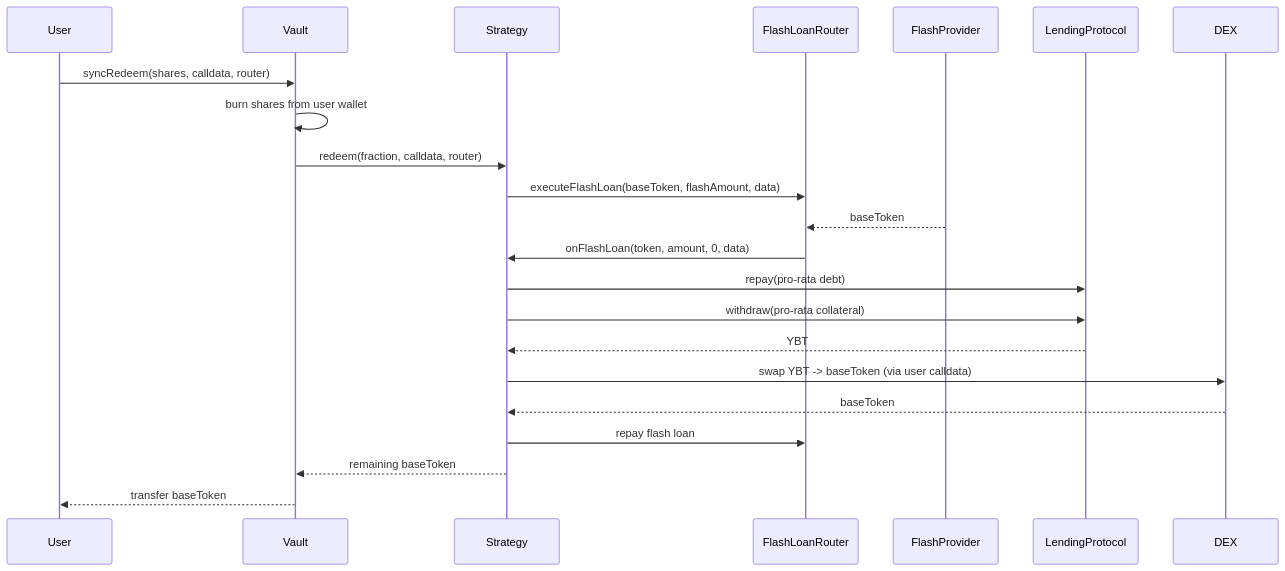
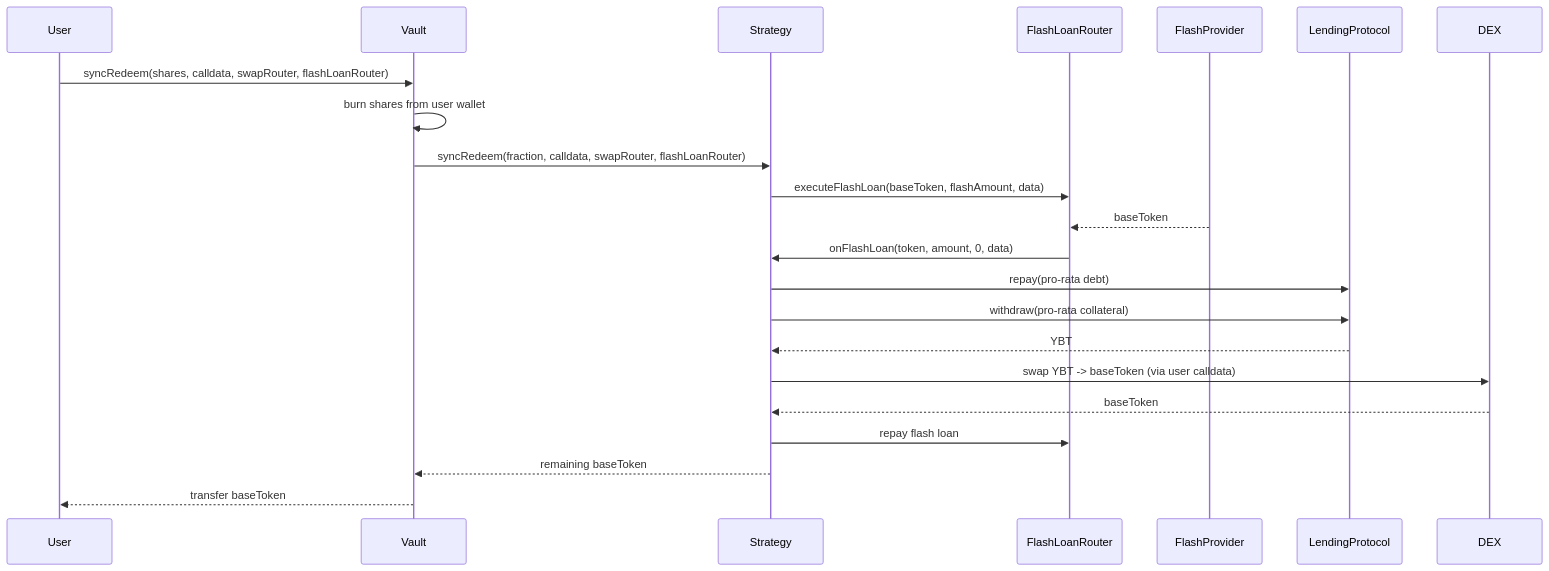
One commit to evgenynacu/leverage-vaults changed the third of 8 diagrams in docs/architecture/token-flows.md. Above: the diagram before and after it, drawn with Mermaid. The commit also changed other lines of this file and 25 other files, not shown here.

````diff
--- a/docs/architecture/token-flows.md
+++ b/docs/architecture/token-flows.md
@@ -54,17 +56,17 @@
 ```mermaid
 sequenceDiagram
-    User->>Vault: syncRedeem(shares, calldata, router)
+    User->>Vault: syncRedeem(shares, calldata, swapRouter, flashLoanRouter)
     Vault->>Vault: burn shares from user wallet
-    Vault->>Strategy: redeem(fraction, calldata, router)
+    Vault->>Strategy: syncRedeem(fraction, calldata, swapRouter, flashLoanRouter)
     Strategy->>FlashLoanRouter: executeFlashLoan(baseToken, flashAmount, data)
     FlashProvider-->>FlashLoanRouter: baseToken
     FlashLoanRouter->>Strategy: onFlashLoan(token, amount, 0, data)
     Strategy->>LendingProtocol: repay(pro-rata debt)
     Strategy->>LendingProtocol: withdraw(pro-rata collateral)
     LendingProtocol-->>Strategy: YBT
     Strategy->>DEX: swap YBT -> baseToken (via user calldata)
     DEX-->>Strategy: baseToken
     Strategy->>FlashLoanRouter: repay flash loan
     Strategy-->>Vault: remaining baseToken
     Vault-->>User: transfer baseToken
 ```
````
